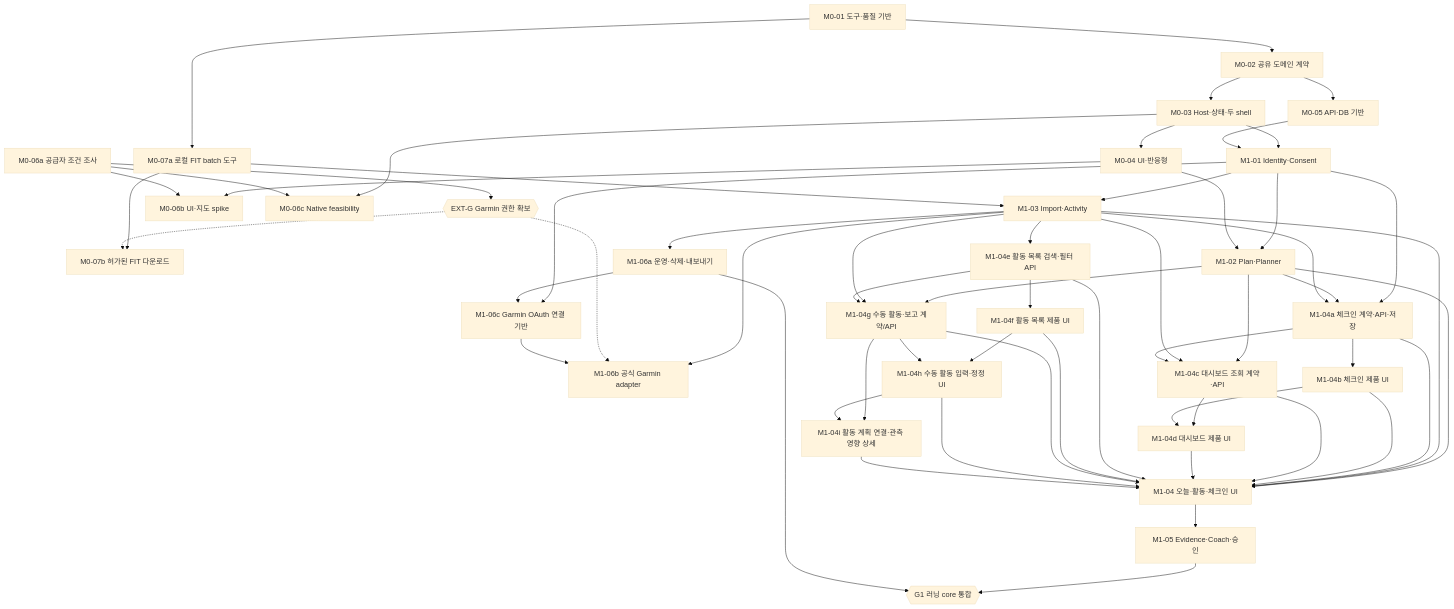
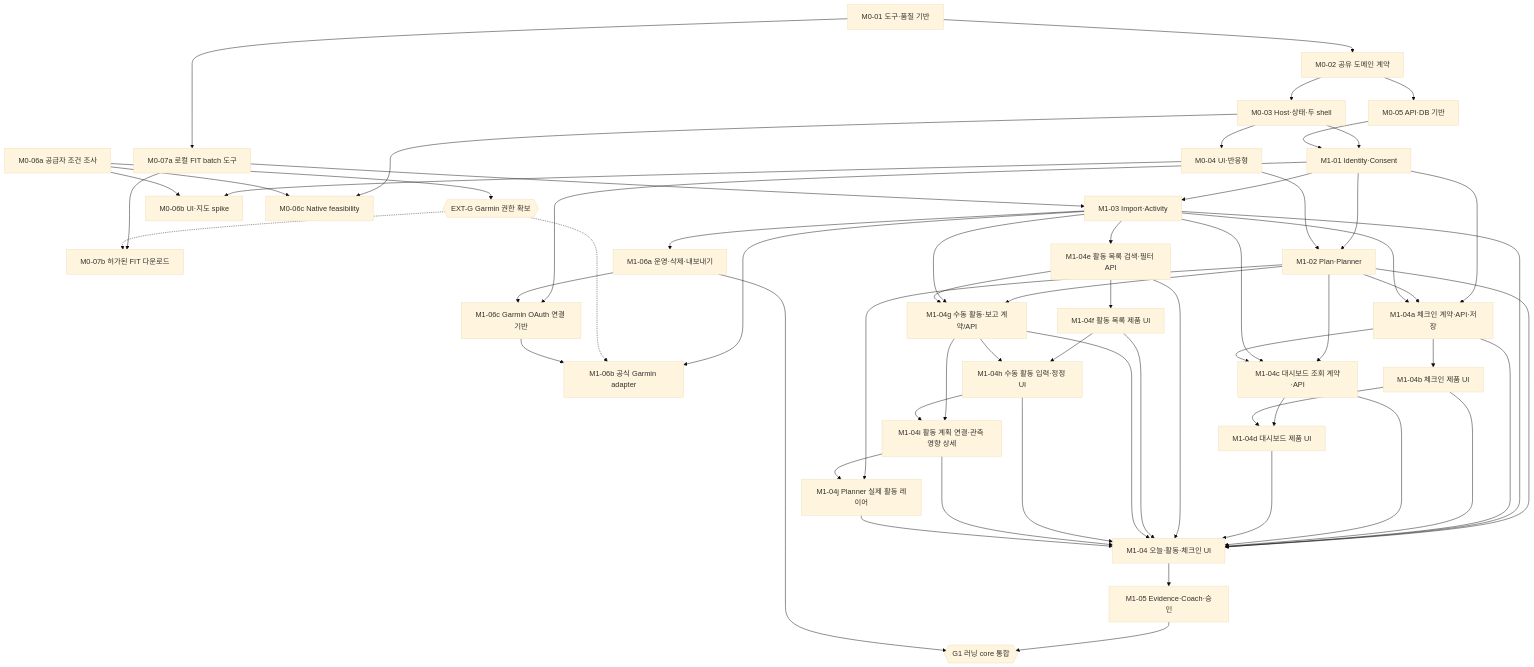
One commit to peacecheejecake/workout-manager changed the first of 3 diagrams in docs/implementation/task-graph.md. Above: the diagram before and after it, drawn with Mermaid (base theme). The commit also changed other lines of this file and 9 other files, not shown here.

```diff
--- a/docs/implementation/task-graph.md
+++ b/docs/implementation/task-graph.md
@@ -93,6 +93,10 @@
     manualActivity --> activityContext
     activityEditor --> activityContext
     activityContext --> task14
+    plannerActuals["M1-04j Planner 실제 활동 레이어"]
+    task12 --> plannerActuals
+    activityContext --> plannerActuals
+    plannerActuals --> task14
     task14 --> task15
     task13 --> task16
     task13 --> task17
```
